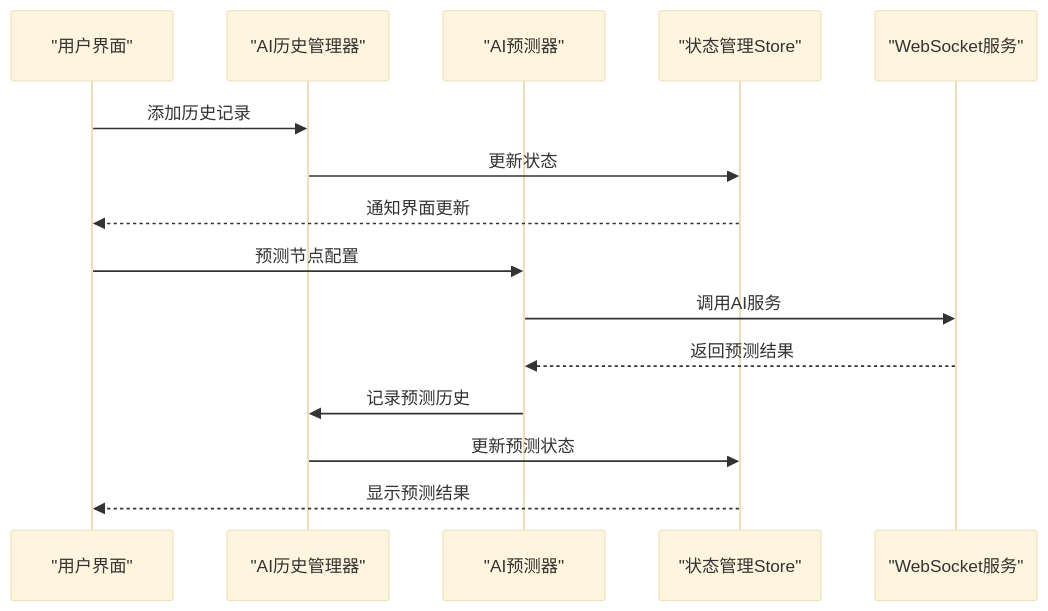
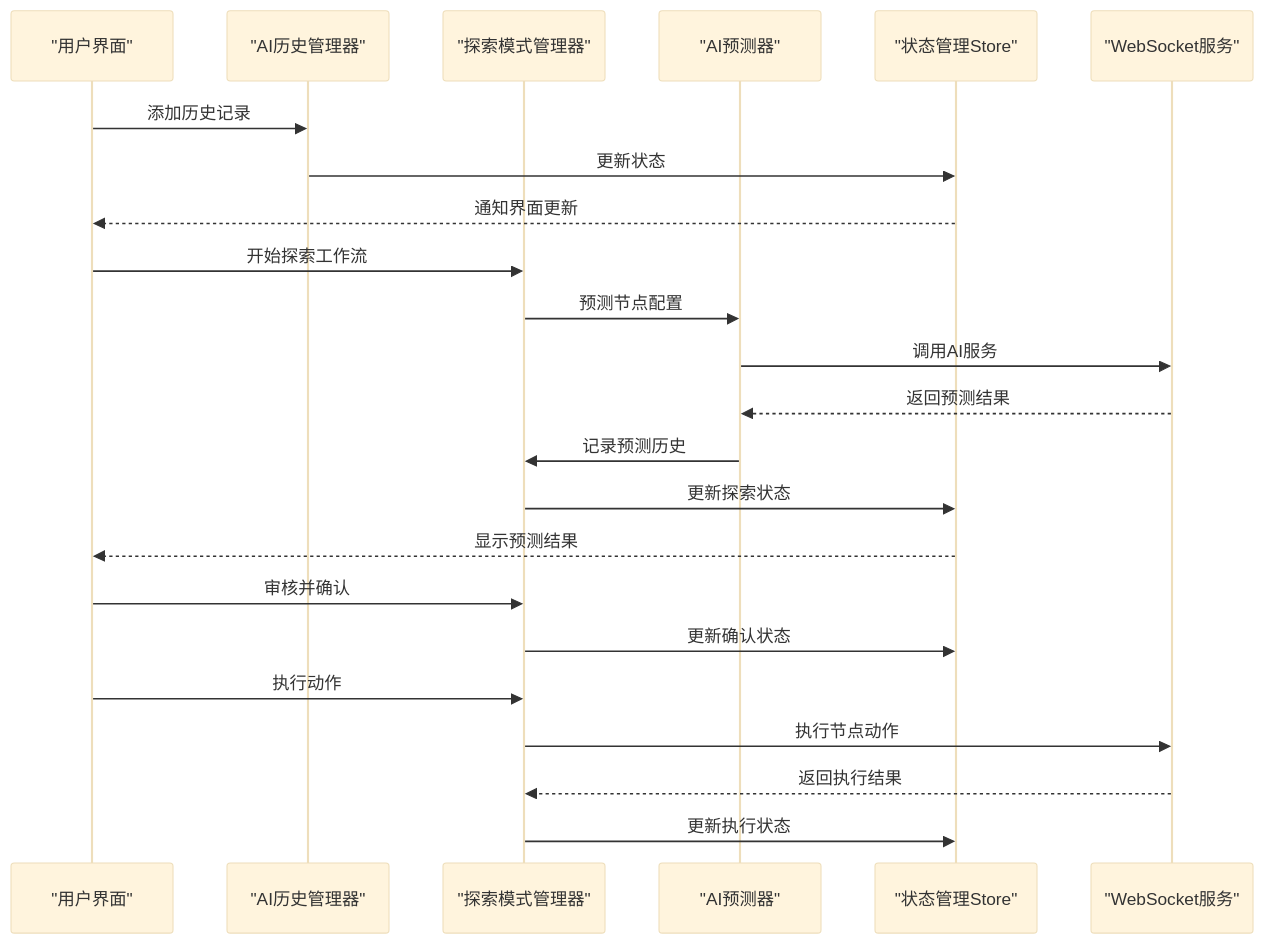
One commit to kqcoxn/MaaPipelineEditor changed the second of 10 diagrams in .qoder/repowiki/zh/content/AI辅助功能/AI历史记录管理.md. Above: the diagram before and after it, drawn with Mermaid (base theme). The commit also changed other lines of this file and 17 other files, not shown here.

````diff
--- a/.qoder/repowiki/zh/content/AI辅助功能/AI历史记录管理.md
+++ b/.qoder/repowiki/zh/content/AI辅助功能/AI历史记录管理.md
@@ -113,17 +140,25 @@
 ```mermaid
 sequenceDiagram
 participant UI as "用户界面"
 participant Manager as "AI历史管理器"
+participant Explorer as "探索模式管理器"
 participant Predictor as "AI预测器"
 participant Store as "状态管理Store"
 participant Server as "WebSocket服务"
 UI->>Manager : 添加历史记录
 Manager->>Store : 更新状态
 Store-->>UI : 通知界面更新
-UI->>Predictor : 预测节点配置
+UI->>Explorer : 开始探索工作流
+Explorer->>Predictor : 预测节点配置
 Predictor->>Server : 调用AI服务
 Server-->>Predictor : 返回预测结果
-Predictor->>Manager : 记录预测历史
-Manager->>Store : 更新预测状态
+Predictor->>Explorer : 记录预测历史
+Explorer->>Store : 更新探索状态
 Store-->>UI : 显示预测结果
+UI->>Explorer : 审核并确认
+Explorer->>Store : 更新确认状态
+UI->>Explorer : 执行动作
+Explorer->>Server : 执行节点动作
+Server-->>Explorer : 返回执行结果
+Explorer->>Store : 更新执行状态
 ```
````
